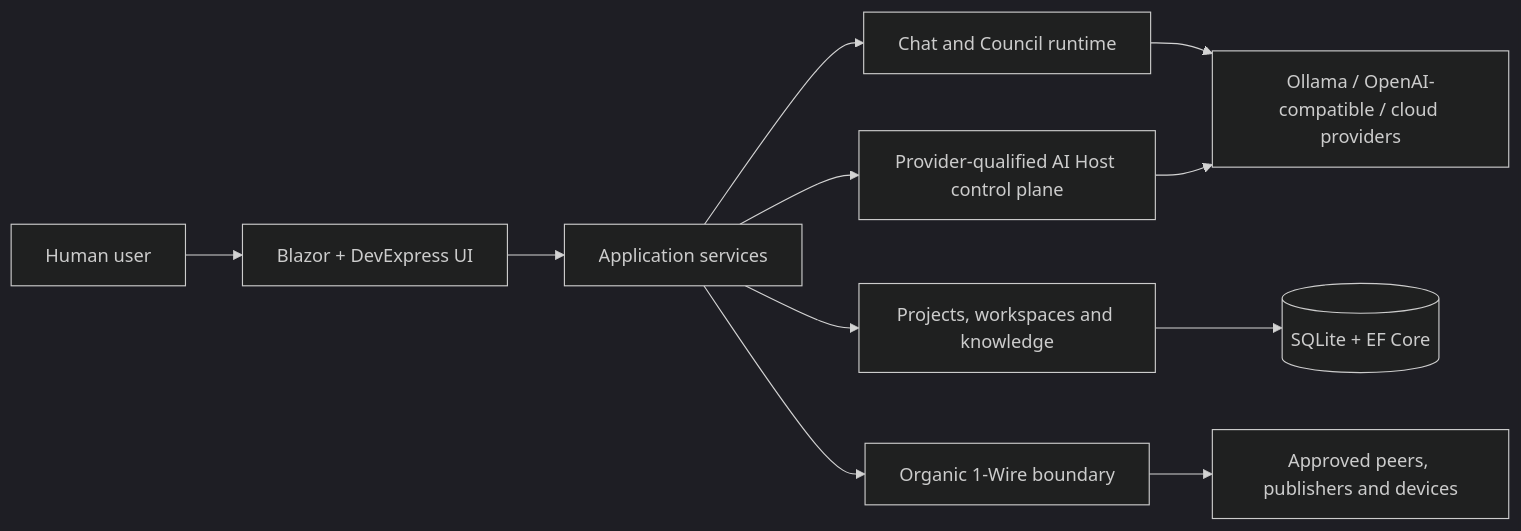
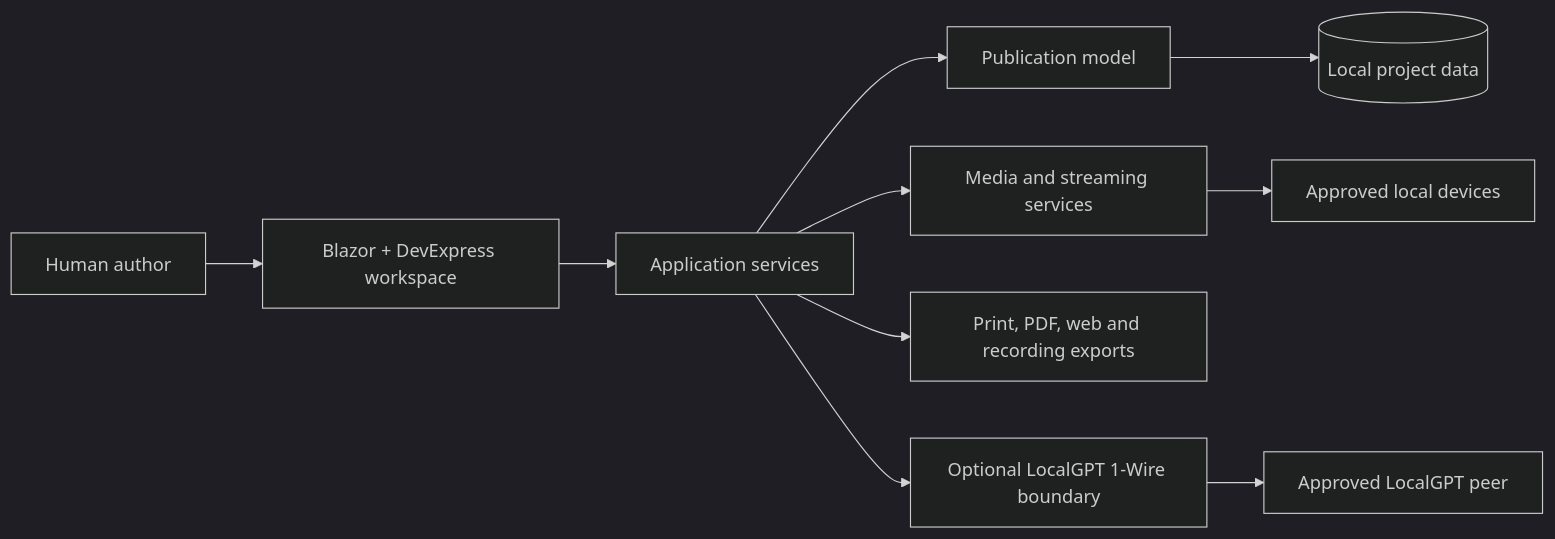
One commit to Michi0403/BlazorPublisher changed the diagram in docs/index.md. Above: the diagram before and after it, drawn with Mermaid (dark theme). The commit also changed other lines of this file and 740 other files, not shown here.

````diff
--- a/docs/index.md
+++ b/docs/index.md
@@ -57,13 +57,12 @@
 ```mermaid
 flowchart LR
-    U[Human user] --> UI[Blazor + DevExpress UI]
+    U[Human author] --> UI[Blazor + DevExpress workspace]
     UI --> APP[Application services]
-    APP --> COUNCIL[Chat and Council runtime]
-    APP --> PROJECTS[Projects, workspaces and knowledge]
-    APP --> HOST[Provider-qualified AI Host control plane]
-    APP --> WIRE[Organic 1-Wire boundary]
-    COUNCIL --> PROVIDERS[Ollama / OpenAI-compatible / cloud providers]
-    PROJECTS --> DB[(SQLite + EF Core)]
-    HOST --> PROVIDERS
-    WIRE --> PEERS[Approved peers, publishers and devices]
+    APP --> DOC[Publication model]
+    APP --> MEDIA[Media and streaming services]
+    APP --> EXPORT[Print, PDF, web and recording exports]
+    APP --> WIRE[Optional LocalGPT 1-Wire boundary]
+    DOC --> STORE[(Local project data)]
+    MEDIA --> DEVICE[Approved local devices]
+    WIRE --> PEER[Approved LocalGPT peer]
 ```
````
